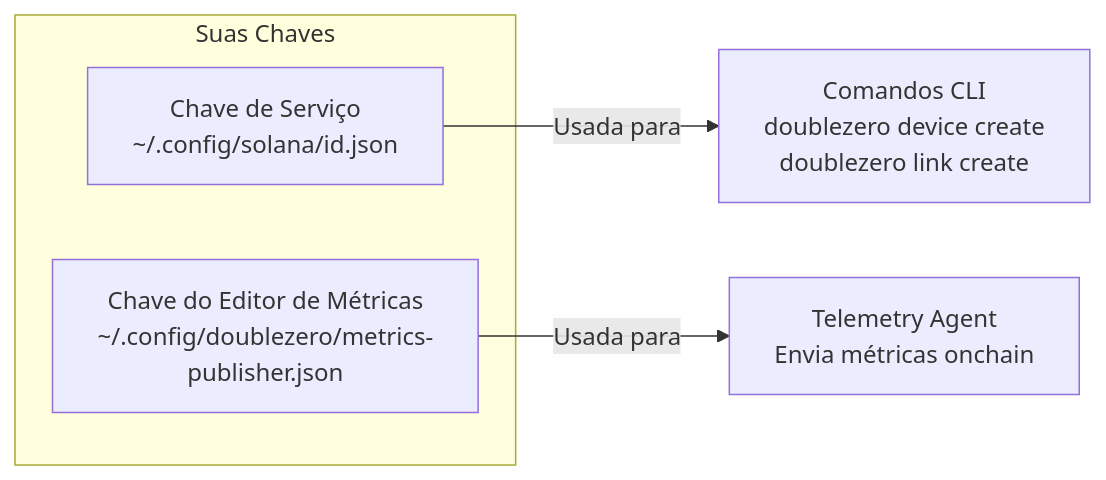
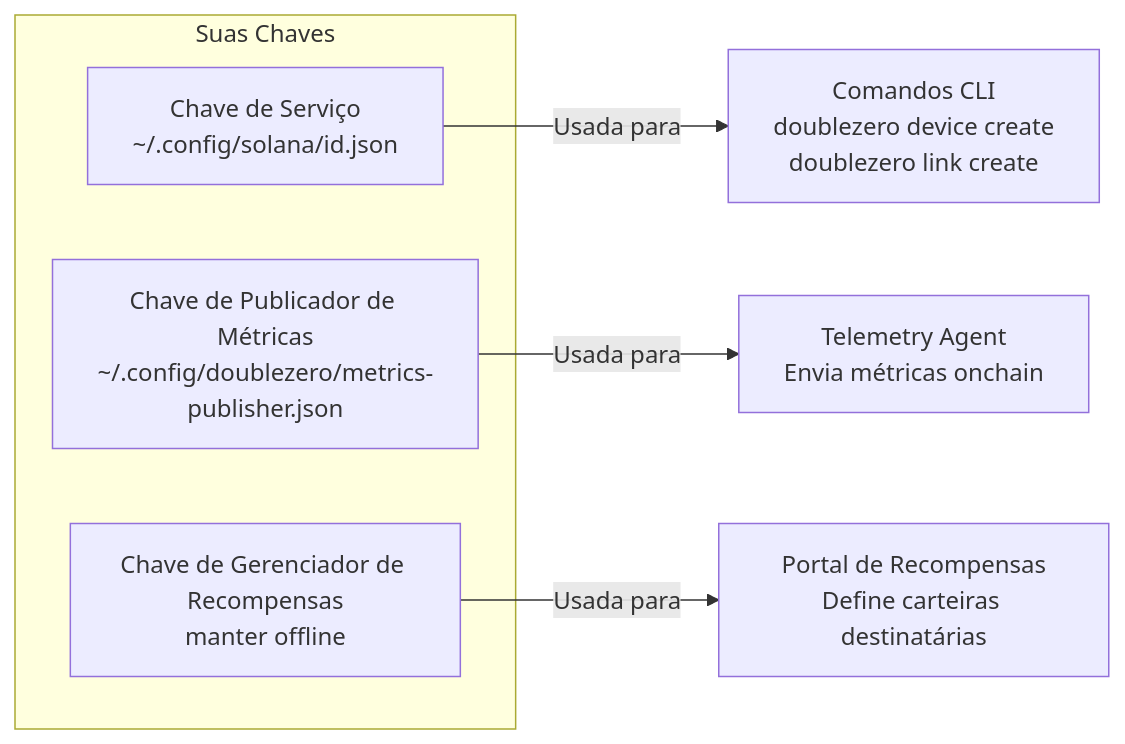
One commit to malbeclabs/docs changed the fourth of 9 diagrams in docs/contribute-provisioning.pt.md. Above: the diagram before and after it, drawn with Mermaid. The commit also changed other lines of this file and 34 other files, not shown here.

````diff
--- a/docs/contribute-provisioning.pt.md
+++ b/docs/contribute-provisioning.pt.md
@@ -166,10 +208,12 @@
 ```mermaid
 flowchart LR
     subgraph "Suas Chaves"
         SK[Chave de Serviço<br/>~/.config/solana/id.json]
-        MK[Chave do Editor de Métricas<br/>~/.config/doublezero/metrics-publisher.json]
+        MK[Chave de Publicador de Métricas<br/>~/.config/doublezero/metrics-publisher.json]
+        RK[Chave de Gerenciador de Recompensas<br/>manter offline]
     end
 
     SK -->|Usada para| CLI[Comandos CLI<br/>doublezero device create<br/>doublezero link create]
     MK -->|Usada para| TEL[Telemetry Agent<br/>Envia métricas onchain]
+    RK -->|Usada para| REW[Portal de Recompensas<br/>Define carteiras destinatárias]
 ```
````
